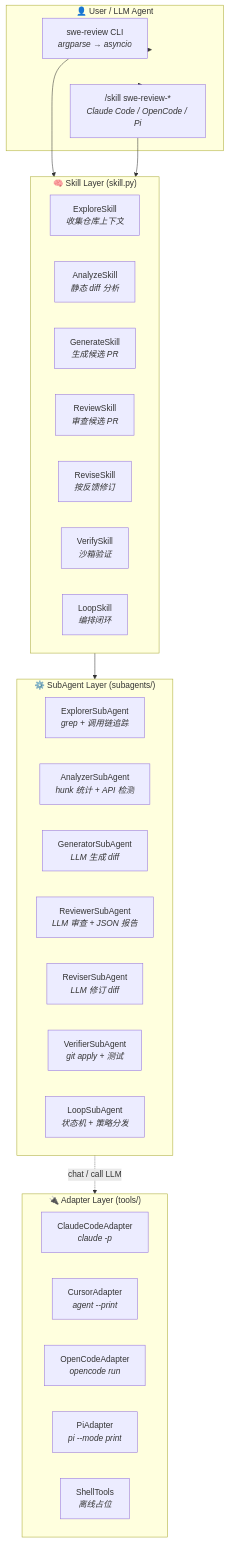
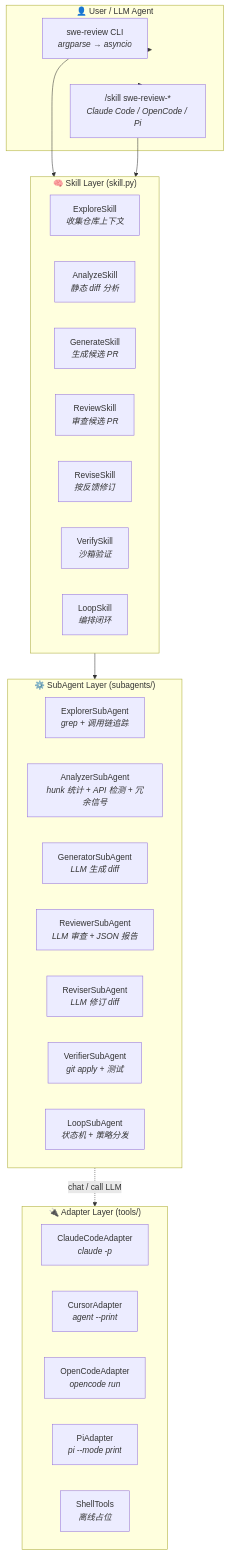
Before and after one commit to KevinZhangNothing/swe-review-plugin: the first of 14 diagrams in README.md, drawn with Mermaid. The commit also changed other lines of this file and 4 other files, not shown here.

````diff
--- a/README.md
+++ b/README.md
@@ -28,43 +28,43 @@
 ```mermaid
 flowchart TB
     subgraph User["👤 User / LLM Agent"]
         CLI["swe-review CLI<br/><i>argparse → asyncio</i>"]
         SK["/skill swe-review-*<br/><i>Claude Code / OpenCode / Pi</i>"]
     end
 
     subgraph Skills["🧠 Skill Layer (skill.py)"]
         direction LR
         ES[ExploreSkill<br/><i>收集仓库上下文</i>]
         AS[AnalyzeSkill<br/><i>静态 diff 分析</i>]
         GS[GenerateSkill<br/><i>生成候选 PR</i>]
         RS[ReviewSkill<br/><i>审查候选 PR</i>]
         RVS[ReviseSkill<br/><i>按反馈修订</i>]
         VS[VerifySkill<br/><i>沙箱验证</i>]
         LS[LoopSkill<br/><i>编排闭环</i>]
     end
 
     subgraph SubAgents["⚙️ SubAgent Layer (subagents/)"]
         direction LR
         E[ExplorerSubAgent<br/><i>grep + 调用链追踪</i>]
-        A[AnalyzerSubAgent<br/><i>hunk 统计 + API 检测</i>]
+        A[AnalyzerSubAgent<br/><i>hunk 统计 + API 检测 + 冗余信号</i>]
         G[GeneratorSubAgent<br/><i>LLM 生成 diff</i>]
         R[ReviewerSubAgent<br/><i>LLM 审查 + JSON 报告</i>]
         RV[ReviserSubAgent<br/><i>LLM 修订 diff</i>]
         V[VerifierSubAgent<br/><i>git apply + 测试</i>]
         L[LoopSubAgent<br/><i>状态机 + 策略分发</i>]
     end
 
     subgraph Adapters["🔌 Adapter Layer (tools/)"]
         CCA[ClaudeCodeAdapter<br/><i>claude -p</i>]
         CA[CursorAdapter<br/><i>agent --print</i>]
         OA[OpenCodeAdapter<br/><i>opencode run</i>]
         PA[PiAdapter<br/><i>pi --mode print</i>]
         ST[ShellTools<br/><i>离线占位</i>]
     end
 
     User --> CLI & SK
     CLI --> Skills
     SK --> Skills
     Skills --> SubAgents
     SubAgents -.->|chat / call LLM| Adapters
 ```
````
